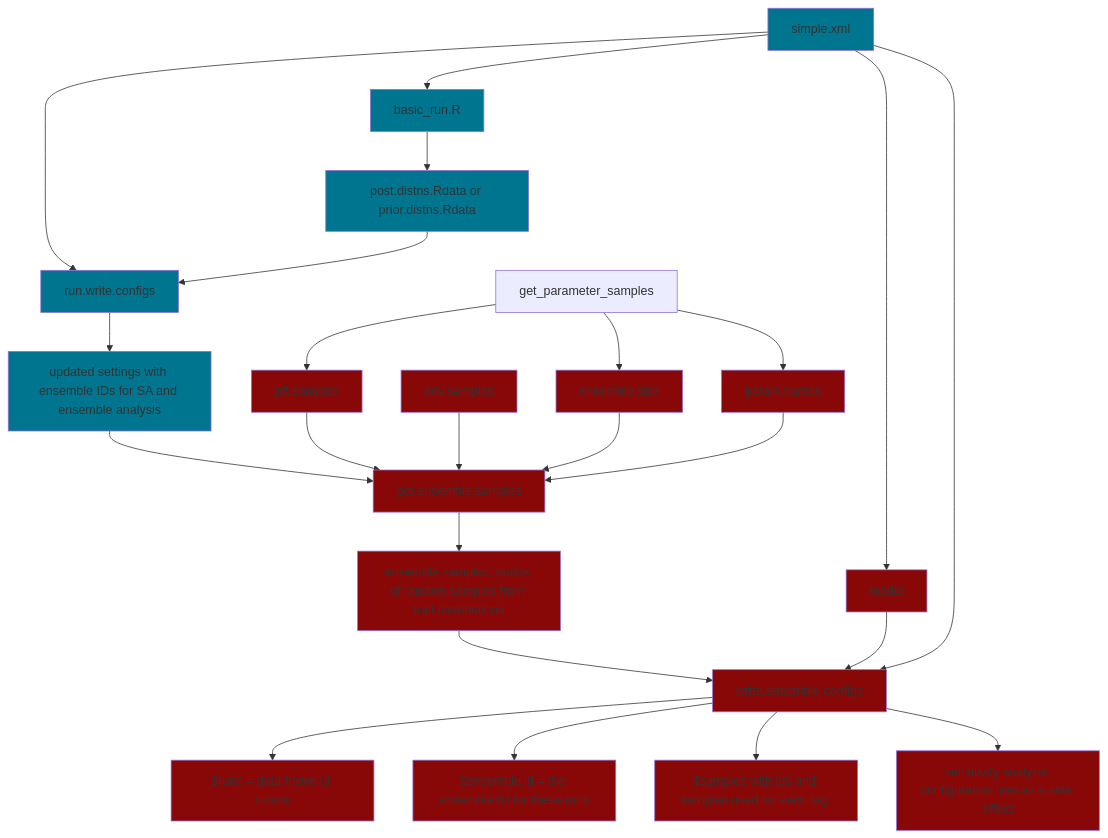
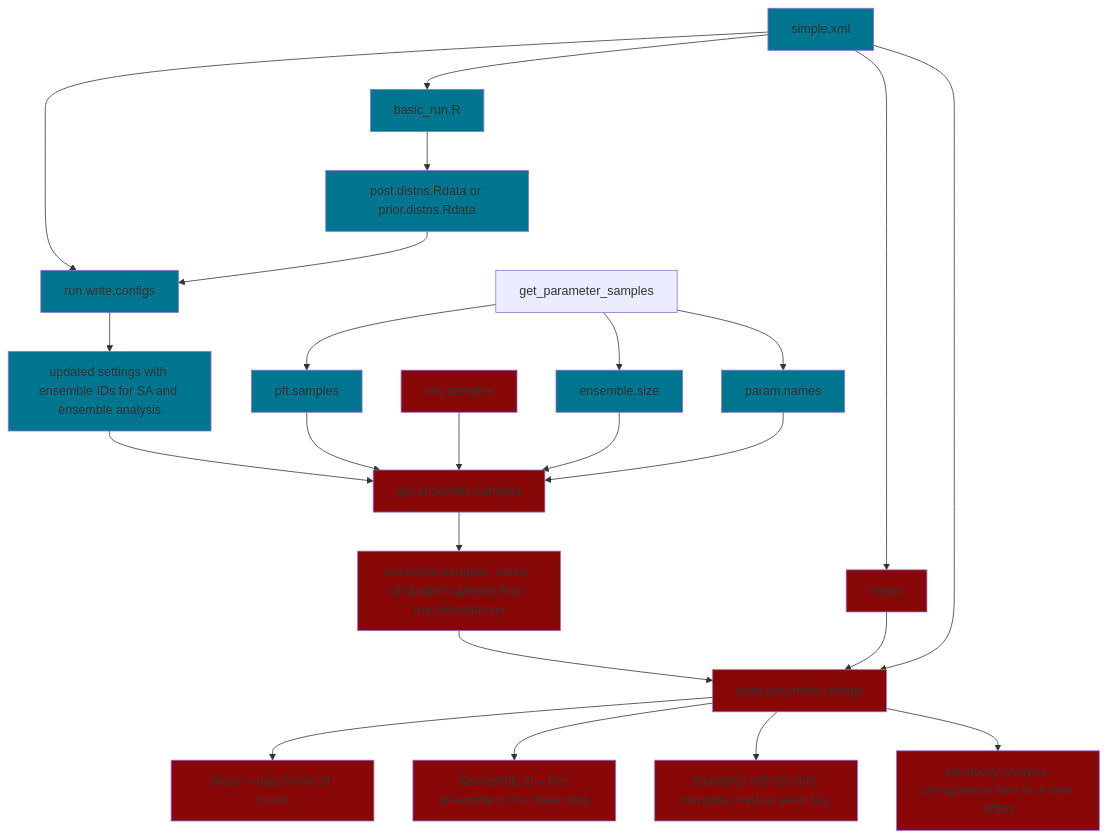
The diagram in README.md (ecamo19/gsoc_project_2022_vm), drawn with Mermaid before and after one commit.

````diff
--- a/README.md
+++ b/README.md
@@ -47,54 +47,57 @@
 ```mermaid
   graph TD;
       simple.xml-->run.write.configs;
       simple.xml-->basic_run.R;
       simple.xml-->model;
       
       basic_run.R-->posterior.files[post.distns.Rdata or prior.distns.Rdata];
       posterior.files[post.distns.Rdata or prior.distns.Rdata]-->run.write.configs;
       run.write.configs-->output_1[updated settings with ensemble IDs for SA and ensemble analysis ];
       output_1[updated settings with ensemble IDs for SA and ensemble analysis]-->get.ensemble.samples;
       
       input_get_ensemble_1[pft.samples]-->get.ensemble.samples;
       input_get_ensemble_2[env.samples]-->get.ensemble.samples;
       input_get_ensemble_3[ensemble.size]-->get.ensemble.samples;
       input_get_ensemble_4[param.names]-->get.ensemble.samples;
       
       get_parameter_samples-->input_get_ensemble_1[pft.samples];  
       get_parameter_samples-->input_get_ensemble_3[ensemble.size];
       get_parameter_samples-->input_get_ensemble_4[param.names];
       get.ensemble.samples-->output_get_ensemble[ensemble.samples, matrix of random samples from trait distributions];
       
       output_get_ensemble[ensemble.samples, matrix of random samples from trait distributions]-->write.ensemble.configs;
       model-->write.ensemble.configs;
       simple.xml-->write.ensemble.configs;
       
       write.ensemble.configs-->output_write_ensemble_1[$runs = data frame of runids];
       write.ensemble.configs-->output_write_ensemble_2[$ensemble.id = the ensemble ID for these runs];
       write.ensemble.configs-->output_write_ensemble_3[$samples with ids and samples used for each tag.];
       write.ensemble.configs-->output_write_ensemble_4[sensitivity analysis configuration files as a side effect];
       
-       %% Comments after double percent signs
+       %% Blue color boxes
       
       style basic_run.R fill:#00758f
       style output_1 fill:#00758f
       style run.write.configs fill:#00758f
       style simple.xml fill:#00758f
       style posterior.files fill:#00758f
+      style input_get_ensemble_1 fill:#00758f
+      
+      style input_get_ensemble_3 fill:#00758f
+      style input_get_ensemble_4 fill:#00758f
       
       
-  
-      style input_get_ensemble_1 fill:#880808
+      
+      %% Red color boxes  
+      
       style input_get_ensemble_2 fill:#880808
-      style input_get_ensemble_3 fill:#880808
-      style input_get_ensemble_4 fill:#880808
       style get.ensemble.samples fill:#880808
       style output_get_ensemble  fill:#880808 
       style model fill:#880808 
       style write.ensemble.configs fill:#880808
       style output_write_ensemble_1 fill:#880808
       style output_write_ensemble_2 fill:#880808
       style output_write_ensemble_3 fill:#880808
       style output_write_ensemble_4 fill:#880808
       
 ```
````
